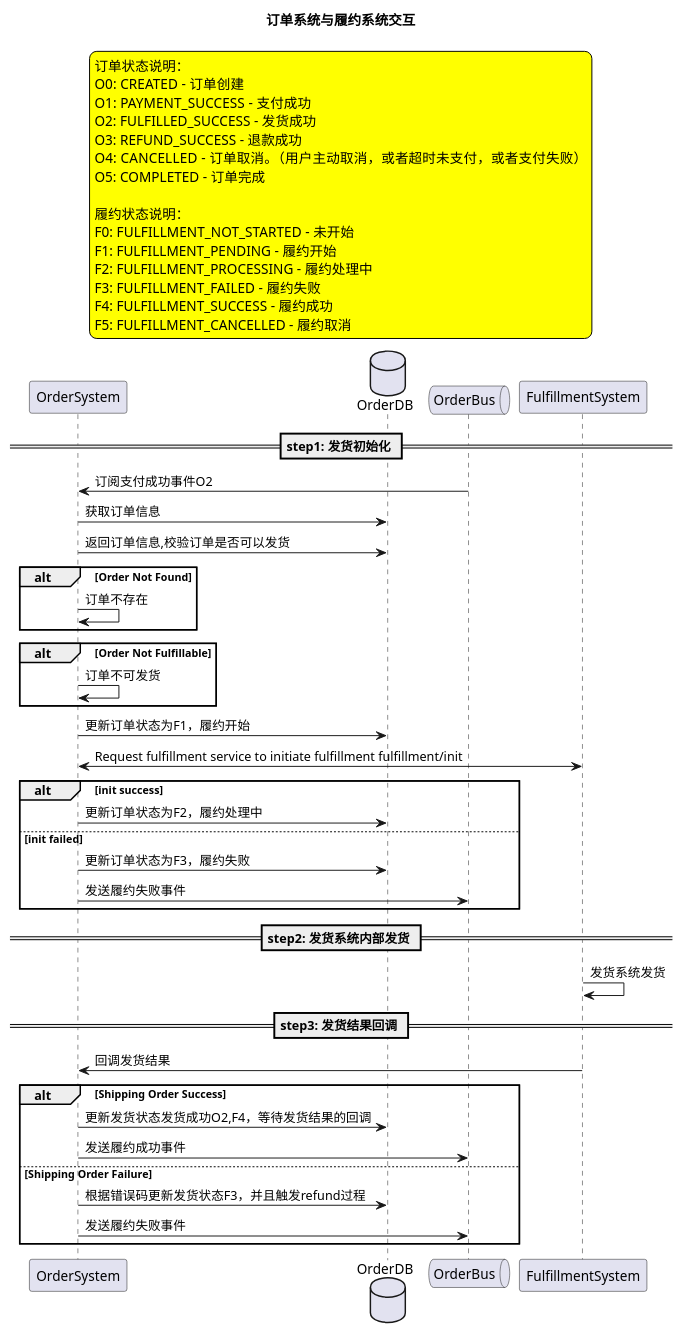
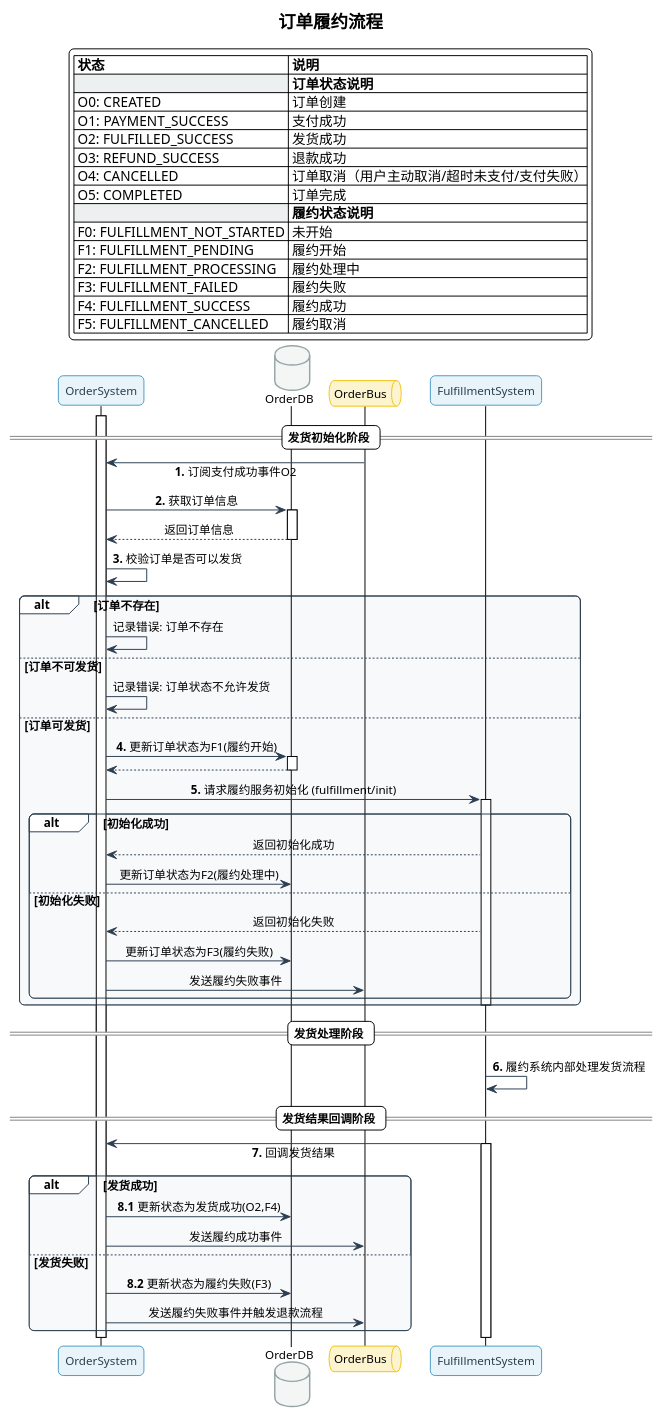
One commit to wxquare/wxquare.github.io changed the diagram in diagrams/ecommerce/5-order-fulfillment.puml. Above: the diagram before and after it, drawn with PlantUML. The commit also changed 387 other files, not shown here.

```diff
--- a/diagrams/ecommerce/5-order-fulfillment.puml
+++ b/diagrams/ecommerce/5-order-fulfillment.puml
@@ -1,69 +1,116 @@
 @startuml
 
+!theme plain
+skinparam sequenceMessageAlign center
+skinparam responseMessageBelowArrow true
+skinparam defaultFontName "Microsoft YaHei"
+skinparam handwritten false
+skinparam shadowing false
+skinparam roundcorner 10
 
-title 订单系统与履约系统交互
+' 全局样式
+skinparam {
+    ParticipantPadding 20
+    BoxPadding 10
+    DefaultFontSize 12
+    DefaultTextAlignment center
+    
+    SequenceGroupBorderColor #2C3E50
+    SequenceGroupBodyBackgroundColor #F8F9FA
+    
+    ParticipantBackgroundColor #E8F4F9
+    ParticipantBorderColor #4C9BC7
+    ParticipantFontColor #2C3E50
+    
+    DatabaseBackgroundColor #F4F6F6
+    DatabaseBorderColor #95A5A6
+    
+    QueueBackgroundColor #FCF3CF
+    QueueBorderColor #F1C40F
+    
+    ArrowColor #2C3E50
+    LifeLineBorderColor #95A5A6
+    
+    NoteBackgroundColor #FFF8DC
+    NoteBorderColor #D4AC0D
+}
 
-skinparam defaultFontName "Arial"
-skinparam LegendBackgroundColor yellow
-skinparam LegendBorderColor black
-skinparam LegendTextColor black
+title <size:18>订单履约流程</size>
 
 legend top
-订单状态说明：
-O0: CREATED - 订单创建
-O1: PAYMENT_SUCCESS - 支付成功
-O2: FULFILLED_SUCCESS - 发货成功
-O3: REFUND_SUCCESS - 退款成功
-O4: CANCELLED - 订单取消。（用户主动取消，或者超时未支付，或者支付失败）
-O5: COMPLETED - 订单完成
-
-履约状态说明：
-F0: FULFILLMENT_NOT_STARTED - 未开始
-F1: FULFILLMENT_PENDING - 履约开始
-F2: FULFILLMENT_PROCESSING - 履约处理中
-F3: FULFILLMENT_FAILED - 履约失败
-F4: FULFILLMENT_SUCCESS - 履约成功
-F5: FULFILLMENT_CANCELLED - 履约取消
+|= 状态 |= 说明 |
+|<#ECF0F1,#2C3E50>| **订单状态说明** |
+| O0: CREATED | 订单创建 |
+| O1: PAYMENT_SUCCESS | 支付成功 |
+| O2: FULFILLED_SUCCESS | 发货成功 |
+| O3: REFUND_SUCCESS | 退款成功 |
+| O4: CANCELLED | 订单取消（用户主动取消/超时未支付/支付失败）|
+| O5: COMPLETED | 订单完成 |
+|<#ECF0F1,#2C3E50>| **履约状态说明** |
+| F0: FULFILLMENT_NOT_STARTED | 未开始 |
+| F1: FULFILLMENT_PENDING | 履约开始 |
+| F2: FULFILLMENT_PROCESSING | 履约处理中 |
+| F3: FULFILLMENT_FAILED | 履约失败 |
+| F4: FULFILLMENT_SUCCESS | 履约成功 |
+| F5: FULFILLMENT_CANCELLED | 履约取消 |
 end legend
 
-participant OrderSystem as OS
-database "OrderDB" as OrderDB
-queue "OrderBus" as OrderBus
-participant FulfillmentSystem as FS
+participant "OrderSystem" as OS #E8F4F9
+database "OrderDB" as OrderDB #F4F6F6
+queue "OrderBus" as OrderBus #FCF3CF
+participant "FulfillmentSystem" as FS #E8F4F9
 
-== step1: 发货初始化 ==
-OS <- OrderBus: 订阅支付成功事件O2
-OS -> OrderDB: 获取订单信息
+== 发货初始化阶段 ==
+activate OS
 
-OrderDB <- OS: 返回订单信息,校验订单是否可以发货
-alt Order Not Found
-    OS -> OS: 订单不存在
+OS <- OrderBus: **1.** 订阅支付成功事件O2
+OS -> OrderDB: **2.** 获取订单信息
+activate OrderDB
+OrderDB --> OS: 返回订单信息
+deactivate OrderDB
+
+OS -> OS: **3.** 校验订单是否可以发货
+
+alt 订单不存在
+    OS -> OS: 记录错误: 订单不存在
+else 订单不可发货
+    OS -> OS: 记录错误: 订单状态不允许发货
+else 订单可发货
+    OS -> OrderDB: **4.** 更新订单状态为F1(履约开始)
+    activate OrderDB
+    OrderDB --> OS
+    deactivate OrderDB
+
+    OS -> FS: **5.** 请求履约服务初始化 (fulfillment/init)
+    activate FS
+    
+    alt 初始化成功
+        FS --> OS: 返回初始化成功
+        OS -> OrderDB: 更新订单状态为F2(履约处理中)
+    else 初始化失败
+        FS --> OS: 返回初始化失败
+        OS -> OrderDB: 更新订单状态为F3(履约失败)
+        OS -> OrderBus: 发送履约失败事件
+    end
+    deactivate FS
 end
 
-alt Order Not Fulfillable
-    OS -> OS: 订单不可发货
+== 发货处理阶段 ==
+FS -> FS: **6.** 履约系统内部处理发货流程
+
+== 发货结果回调阶段 ==
+OS <- FS: **7.** 回调发货结果
+activate FS
+
+alt 发货成功
+    OS -> OrderDB: **8.1** 更新状态为发货成功(O2,F4)
+    OS -> OrderBus: 发送履约成功事件
+else 发货失败
+    OS -> OrderDB: **8.2** 更新状态为履约失败(F3)
+    OS -> OrderBus: 发送履约失败事件并触发退款流程
 end
 
-OS -> OrderDB: 更新订单状态为F1，履约开始
-OS <-> FS: Request fulfillment service to initiate fulfillment fulfillment/init
-alt init success
-    OS -> OrderDB: 更新订单状态为F2，履约处理中
-else init failed
-    OS -> OrderDB: 更新订单状态为F3，履约失败
-    OS -> OrderBus: 发送履约失败事件
-end
+deactivate FS
+deactivate OS
 
-== step2: 发货系统内部发货 ==
-FS -> FS: 发货系统发货
-
-
-== step3: 发货结果回调 ==
-OS <- FS: 回调发货结果
-alt Shipping Order Success
-    OS -> OrderDB: 更新发货状态发货成功O2,F4，等待发货结果的回调
-    OS -> OrderBus: 发送履约成功事件
-else Shipping Order Failure
-    OS -> OrderDB: 根据错误码更新发货状态F3，并且触发refund过程
-    OS -> OrderBus: 发送履约失败事件
-end
 @enduml
```
